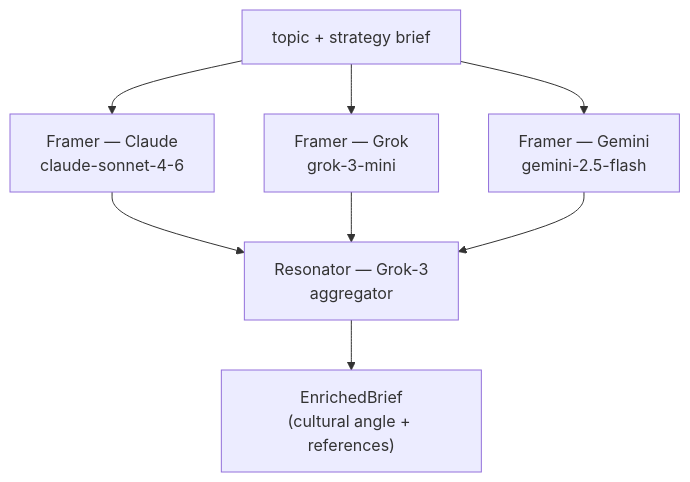
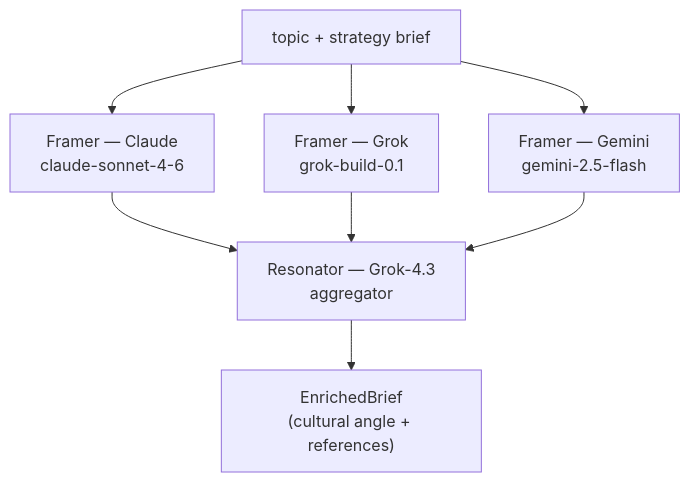
The fourth of 9 diagrams in docs/architecture.md (josemrsantos/gata), drawn with Mermaid before and after one commit. The commit also changed other lines of this file and 22 other files, not shown here.

````diff
--- a/docs/architecture.md
+++ b/docs/architecture.md
@@ -175,15 +175,15 @@
 ```mermaid
 flowchart TD
     IN["topic + strategy brief"]
     F1["Framer — Claude\nclaude-sonnet-4-6"]
-    F2["Framer — Grok\ngrok-3-mini"]
+    F2["Framer — Grok\ngrok-build-0.1"]
     F3["Framer — Gemini\ngemini-2.5-flash"]
-    RES["Resonator — Grok-3\naggregator"]
+    RES["Resonator — Grok-4.3\naggregator"]
     OUT["EnrichedBrief\n(cultural angle + references)"]
 
     IN --> F1 & F2 & F3
     F1 --> RES
     F2 --> RES
     F3 --> RES
     RES --> OUT
 ```
````
